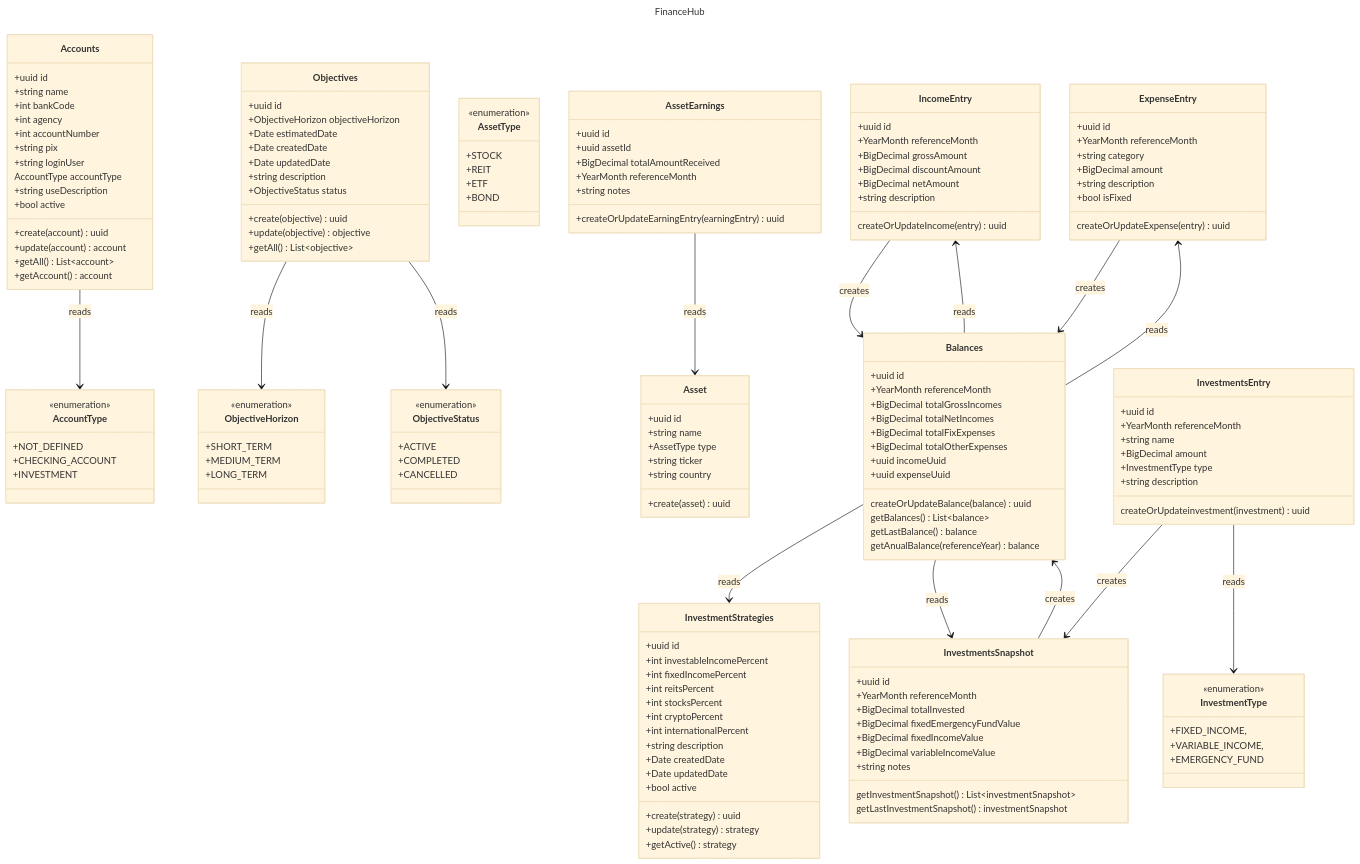
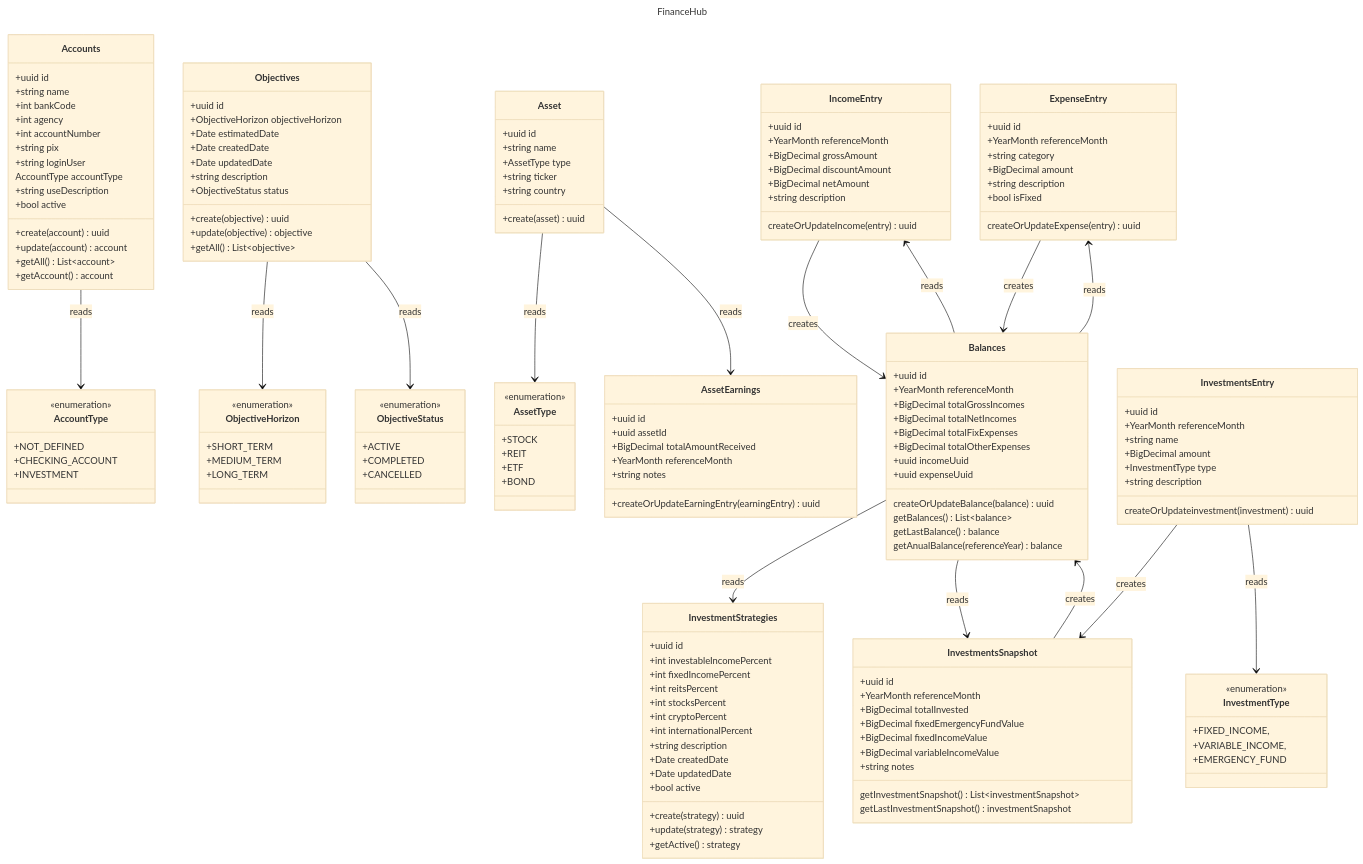
One commit to msantosfelipe/financehub changed the diagram in README.md. Above: the diagram before and after it, drawn with Mermaid (base theme). The commit also changed 17 other files, not shown here.

```diff
--- a/README.md
+++ b/README.md
@@ -98,8 +98,8 @@
 
     +createOrUpdateEarningEntry(earningEntry) uuid
 }
-AssetEarnings --> Asset : reads
-
+Asset --> AssetEarnings : reads
+Asset --> AssetType : reads
 
 class IncomeEntry {
     +uuid id
```
